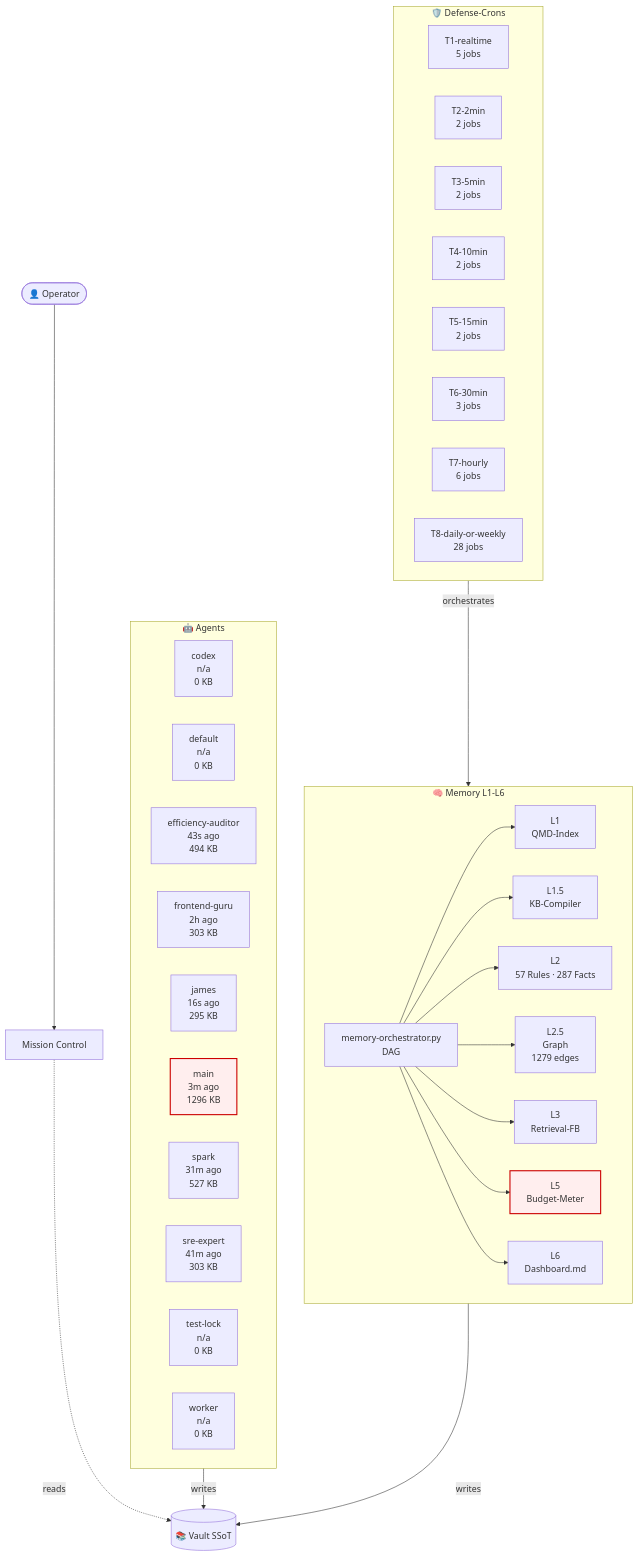
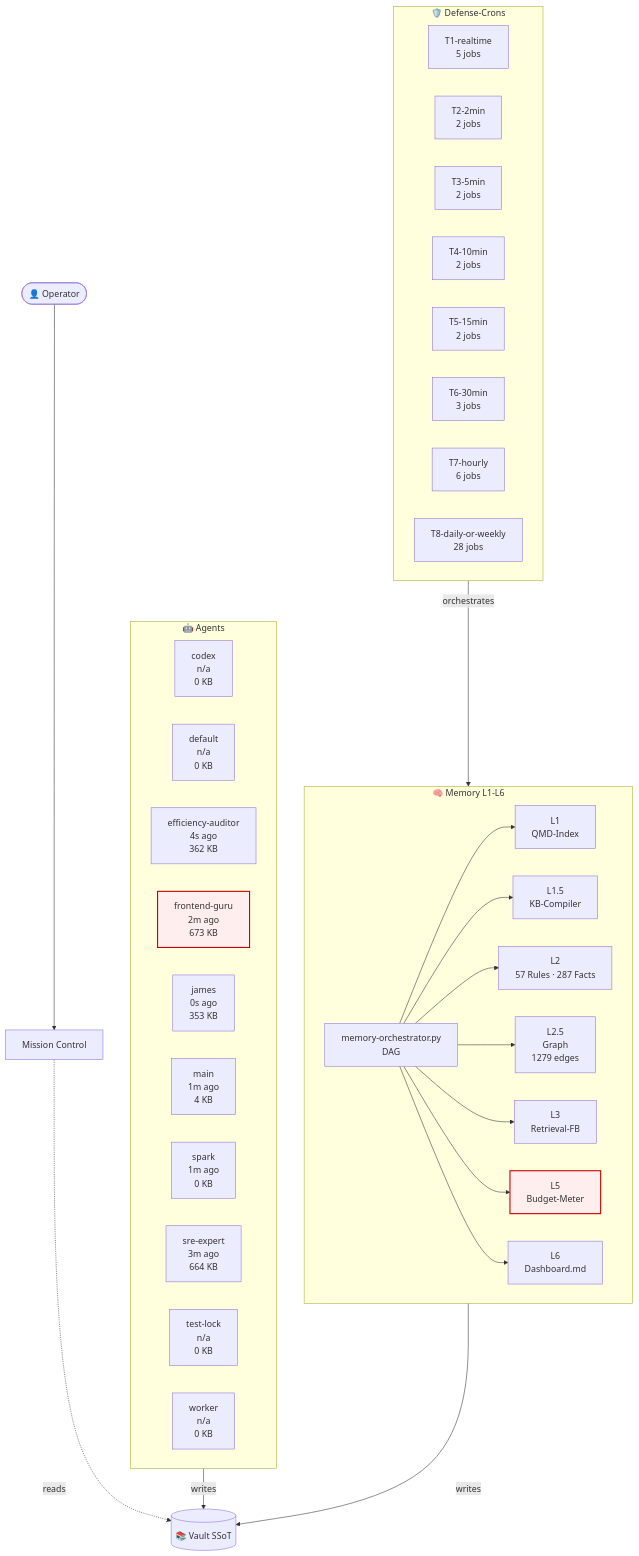
The diagram in 03-Agents/architecture-live.md (lenardhuebner88-rgb/openclaw-memory), drawn with Mermaid before and after one commit. The commit also changed other lines of this file and 24 other files, not shown here.

````diff
--- a/03-Agents/architecture-live.md
+++ b/03-Agents/architecture-live.md
@@ -18,53 +18,53 @@
 ```mermaid
 flowchart TB
     classDef critical fill:#fee,stroke:#c00,stroke-width:2px;
     subgraph AGT["🤖 Agents"]
         agent_codex["codex<br/>n/a<br/>0 KB"]
         agent_default["default<br/>n/a<br/>0 KB"]
-        agent_efficiency_auditor["efficiency-auditor<br/>43s ago<br/>494 KB"]
-        agent_frontend_guru["frontend-guru<br/>2h ago<br/>303 KB"]
-        agent_james["james<br/>16s ago<br/>295 KB"]
-        agent_main["main<br/>3m ago<br/>1296 KB"]
-        agent_spark["spark<br/>31m ago<br/>527 KB"]
-        agent_sre_expert["sre-expert<br/>41m ago<br/>303 KB"]
+        agent_efficiency_auditor["efficiency-auditor<br/>4s ago<br/>362 KB"]
+        agent_frontend_guru["frontend-guru<br/>2m ago<br/>673 KB"]
+        agent_james["james<br/>0s ago<br/>353 KB"]
+        agent_main["main<br/>1m ago<br/>4 KB"]
+        agent_spark["spark<br/>1m ago<br/>0 KB"]
+        agent_sre_expert["sre-expert<br/>3m ago<br/>664 KB"]
         agent_test_lock["test-lock<br/>n/a<br/>0 KB"]
         agent_worker["worker<br/>n/a<br/>0 KB"]
     end
     subgraph MEM["🧠 Memory L1-L6"]
         L1["L1<br/>QMD-Index"]
         L15["L1.5<br/>KB-Compiler"]
         L2["L2<br/>57 Rules · 287 Facts"]
         L25["L2.5<br/>Graph<br/>1279 edges"]
         L3["L3<br/>Retrieval-FB"]
         L5["L5<br/>Budget-Meter"]
         L6["L6<br/>Dashboard.md"]
         ORCH["memory-orchestrator.py<br/>DAG"]
     end
     subgraph CRN["🛡️ Defense-Crons"]
         tier_T1_realtime["T1-realtime<br/>5 jobs"]
         tier_T2_2min["T2-2min<br/>2 jobs"]
         tier_T3_5min["T3-5min<br/>2 jobs"]
         tier_T4_10min["T4-10min<br/>2 jobs"]
         tier_T5_15min["T5-15min<br/>2 jobs"]
         tier_T6_30min["T6-30min<br/>3 jobs"]
         tier_T7_hourly["T7-hourly<br/>6 jobs"]
         tier_T8_daily_or_weekly["T8-daily-or-weekly<br/>28 jobs"]
     end
     VAULT[("📚 Vault SSoT")]
     OP([👤 Operator])
     MC["Mission Control"]
     OP --> MC
     MC -.reads.-> VAULT
     AGT -->|writes| VAULT
     MEM -->|writes| VAULT
     ORCH --> L1
     ORCH --> L15
     ORCH --> L2
     ORCH --> L25
     ORCH --> L3
     ORCH --> L5
     ORCH --> L6
     CRN -->|orchestrates| MEM
     class L5 critical
-    class agent_main critical
+    class agent_frontend_guru critical
 ```
````
